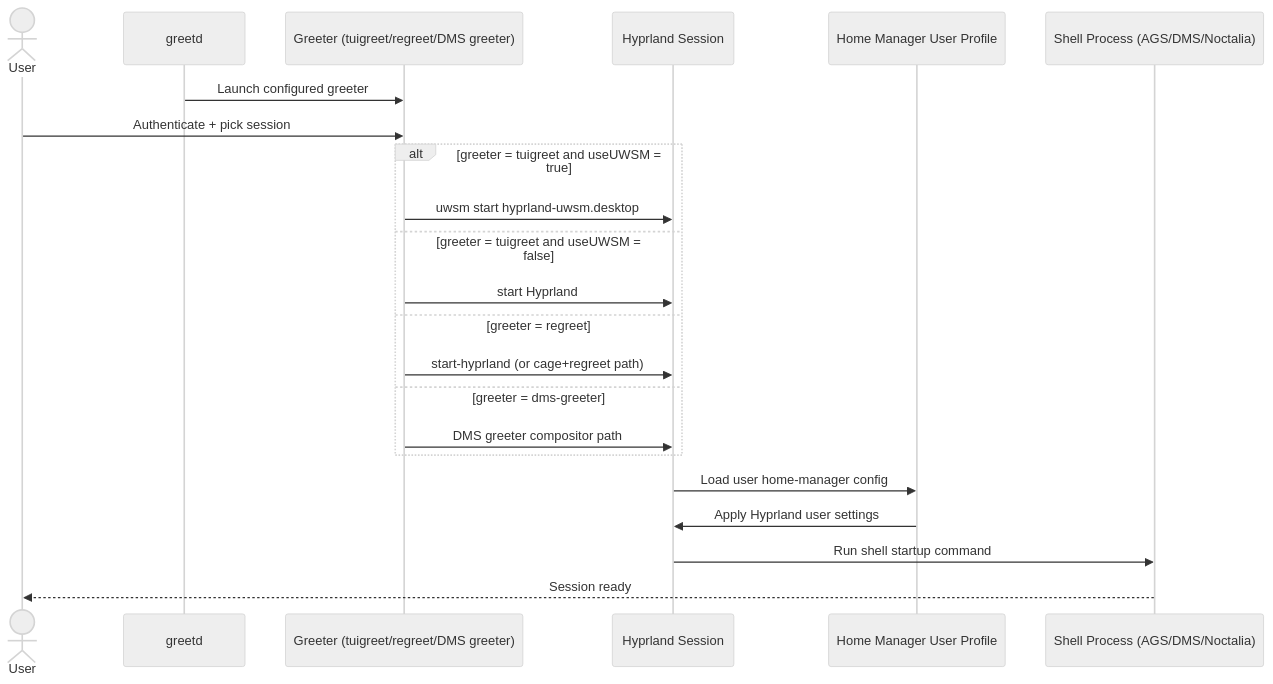
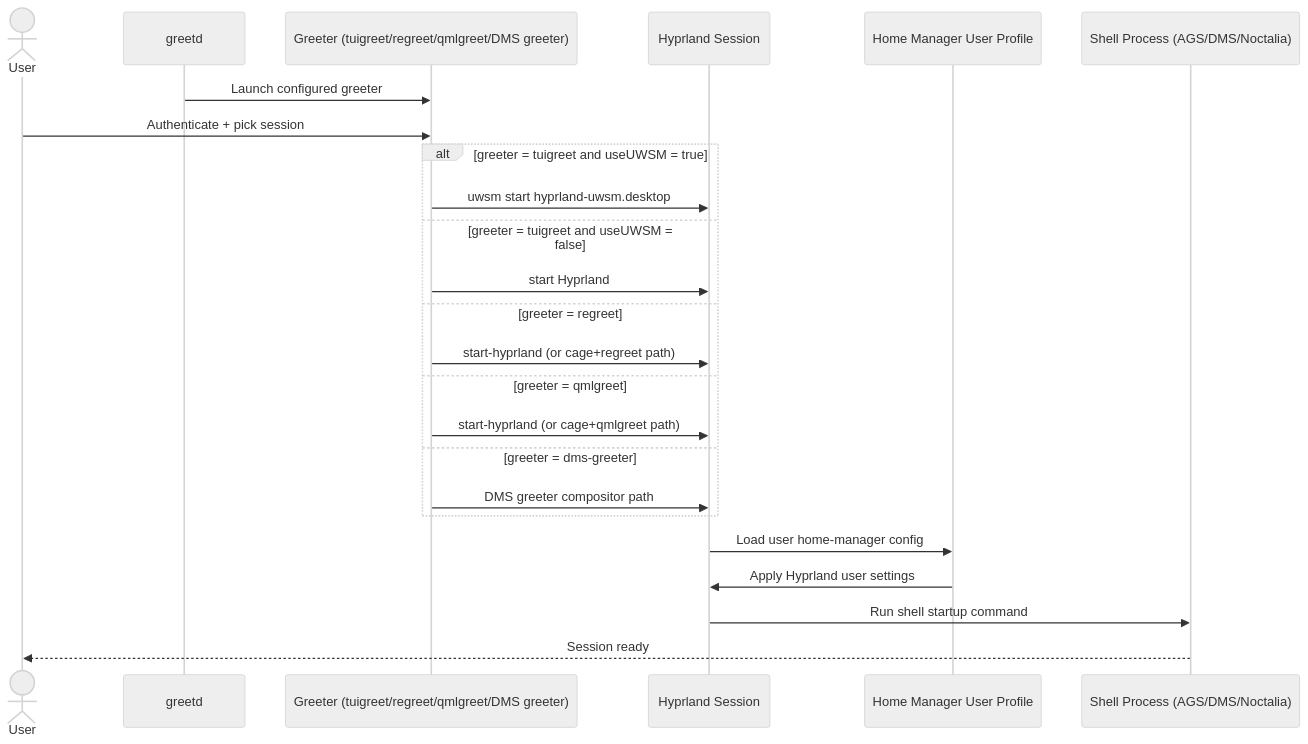
The seventh of 10 diagrams in docs/ARCHITECTURE.md (CodePixelWorks/j0nix-os), drawn with Mermaid (neutral theme) before and after one commit. The commit also changed other lines of this file and 4 other files, not shown here.

First line of the commit message:
feat(greetd): integrate qmlgreet and switch default greeter

````diff
--- a/docs/ARCHITECTURE.md
+++ b/docs/ARCHITECTURE.md
@@ -118,25 +119,27 @@
 ```mermaid
 sequenceDiagram
   actor U as User
   participant G as greetd
-  participant GR as Greeter (tuigreet/regreet/DMS greeter)
+  participant GR as Greeter (tuigreet/regreet/qmlgreet/DMS greeter)
   participant HY as Hyprland Session
   participant HM as Home Manager User Profile
   participant SH as Shell Process (AGS/DMS/Noctalia)
 
   G->>GR: Launch configured greeter
   U->>GR: Authenticate + pick session
   alt greeter = tuigreet and useUWSM = true
     GR->>HY: uwsm start hyprland-uwsm.desktop
   else greeter = tuigreet and useUWSM = false
     GR->>HY: start Hyprland
   else greeter = regreet
     GR->>HY: start-hyprland (or cage+regreet path)
+  else greeter = qmlgreet
+    GR->>HY: start-hyprland (or cage+qmlgreet path)
   else greeter = dms-greeter
     GR->>HY: DMS greeter compositor path
   end
   HY->>HM: Load user home-manager config
   HM->>HY: Apply Hyprland user settings
   HY->>SH: Run shell startup command
   SH-->>U: Session ready
 ```
````
